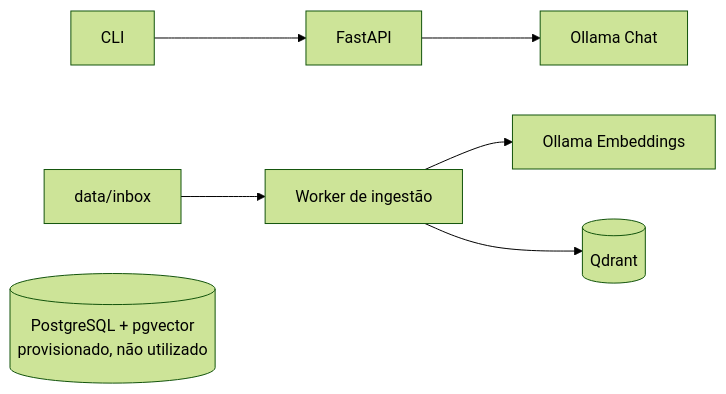
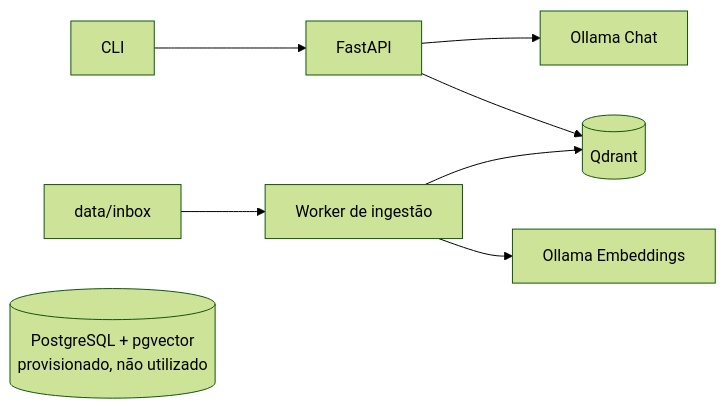
The first of 4 diagrams in docs/architecture-roadmap.md (Joaolucas2210/devmind-os), drawn with Mermaid (forest theme) before and after one commit. The commit also changed other lines of this file and 9 other files, not shown here.

````diff
--- a/docs/architecture-roadmap.md
+++ b/docs/architecture-roadmap.md
@@ -22,11 +22,12 @@
 ```mermaid
 flowchart LR
     CLI[CLI] --> API[FastAPI]
+    API --> QDRANT[(Qdrant)]
     API --> CHAT[Ollama Chat]
 
     DOCS[data/inbox] --> INGEST[Worker de ingestão]
     INGEST --> EMBED[Ollama Embeddings]
-    INGEST --> QDRANT[(Qdrant)]
+    INGEST --> QDRANT
 
     POSTGRES[(PostgreSQL + pgvector<br/>provisionado, não utilizado)]
 ```
````
